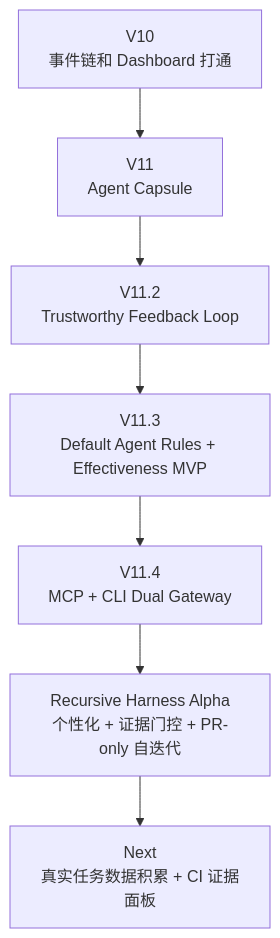
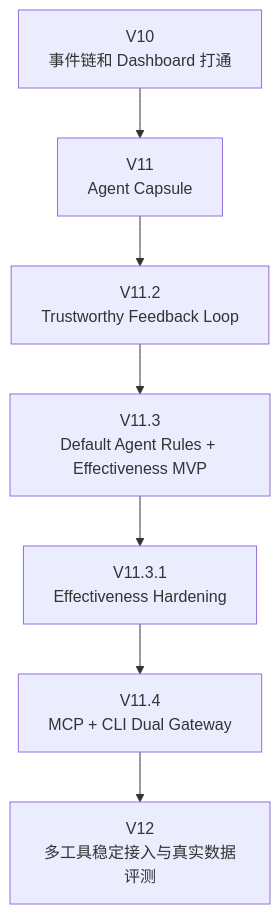
Diagram 15 of 15 in README.md (liuanye9-lab/OS-Agent), drawn with Mermaid before and after one commit. The commit also changed other lines of this file and 18 other files, not shown here.

````diff
--- a/README.md
+++ b/README.md
@@ -1036,12 +1051,9 @@
 ```mermaid
 flowchart TB
-    V10[V10<br/>事件链和 Dashboard 打通]
-    V11[V11<br/>Agent Capsule]
-    V112[V11.2<br/>Trustworthy Feedback Loop]
-    V113[V11.3<br/>Default Agent Rules + Effectiveness MVP]
-    V114[V11.4<br/>MCP + CLI Dual Gateway]
-    RH[Recursive Harness Alpha<br/>个性化 + 证据门控 + PR-only 自迭代]
-    NEXT[Next<br/>真实任务数据积累 + CI 证据面板]
-
-    V10 --> V11 --> V112 --> V113 --> V114 --> RH --> NEXT
+    V10[V10<br/>事件链和 Dashboard 打通] --> V11[V11<br/>Agent Capsule]
+    V11 --> V112[V11.2<br/>Trustworthy Feedback Loop]
+    V112 --> V113[V11.3<br/>Default Agent Rules + Effectiveness MVP]
+    V113 --> V1131[V11.3.1<br/>Effectiveness Hardening]
+    V1131 --> V114[V11.4<br/>MCP + CLI Dual Gateway]
+    V114 --> V12[V12<br/>多工具稳定接入与真实数据评测]
 ```
````
